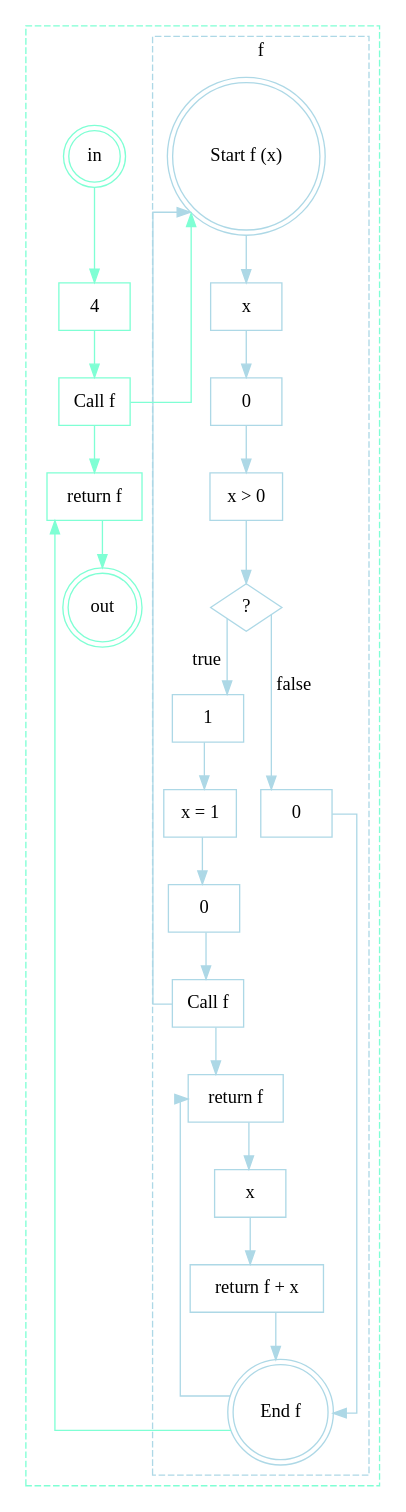
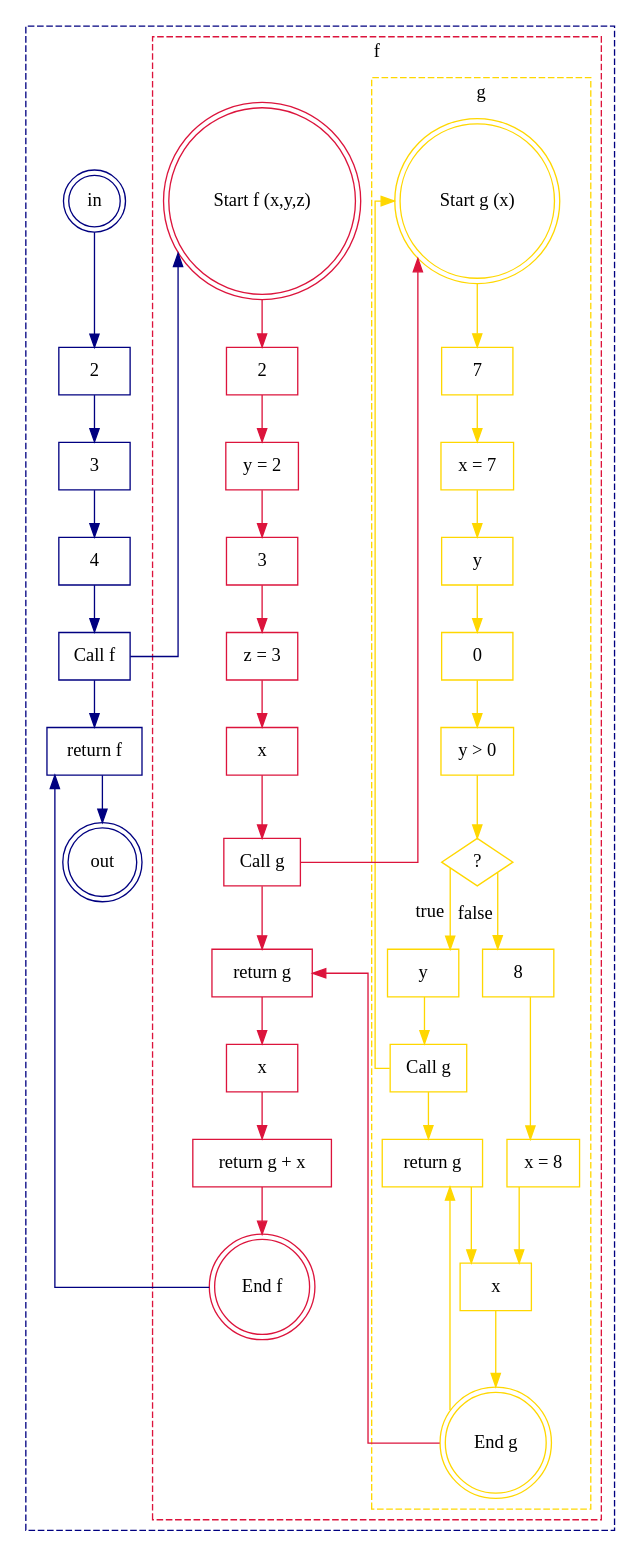
One commit to Cataract92/TRIPLA changed the diagram in res/graph.dot. Above: the diagram before and after it, drawn with Graphviz. The commit also changed 3 other files, not shown here.

```diff
--- a/res/graph.dot
+++ b/res/graph.dot
@@ -1,54 +1,86 @@
 digraph G {
   splines=ortho;
   subgraph cluster_ {
     label="";
-     style="dashed"    color="aquamarine";
+     style="dashed"    color="navy";
   subgraph cluster_f {
     label="f";
-     style="dashed"    color="lightblue";
-1 [label = "Start f (x)", shape = "doublecircle", style = "", color="lightblue"];
-2 [label = "End f", shape = "doublecircle", style = "", color="lightblue"];
-3 [label = "x", shape = "rectangle", style = "", color="lightblue"];
-4 [label = "0", shape = "rectangle", style = "", color="lightblue"];
-5 [label = "x > 0", shape = "rectangle", style = "", color="lightblue"];
-6 [label = "?", shape = "diamond", style = "", color="lightblue"];
-7 [label = "1", shape = "rectangle", style = "", color="lightblue"];
-8 [label = "x = 1", shape = "rectangle", style = "", color="lightblue"];
-9 [label = "0", shape = "rectangle", style = "", color="lightblue"];
-10 [label = "Call f", shape = "rectangle", style = "", color="lightblue"];
-11 [label = "return f", shape = "rectangle", style = "", color="lightblue"];
-12 [label = "x", shape = "rectangle", style = "", color="lightblue"];
-13 [label = "return f + x", shape = "rectangle", style = "", color="lightblue"];
-14 [label = "0", shape = "rectangle", style = "", color="lightblue"];
-  1 -> 3 [xlabel = "", constraint = "true", color="lightblue"]
-  3 -> 4 [xlabel = "", constraint = "true", color="lightblue"]
-  4 -> 5 [xlabel = "", constraint = "true", color="lightblue"]
-  5 -> 6 [xlabel = "", constraint = "true", color="lightblue"]
-  6 -> 7 [xlabel = "true", constraint = "true", color="lightblue"]
-  7 -> 8 [xlabel = "", constraint = "true", color="lightblue"]
-  8 -> 9 [xlabel = "", constraint = "true", color="lightblue"]
-  9 -> 10 [xlabel = "", constraint = "true", color="lightblue"]
-  10 -> 11 [xlabel = "", constraint = "true", color="lightblue"]
-  10 -> 1 [xlabel = "", constraint = "false", color="lightblue"]
-  2 -> 11 [xlabel = "", constraint = "false", color="lightblue"]
-  11 -> 12 [xlabel = "", constraint = "true", color="lightblue"]
-  12 -> 13 [xlabel = "", constraint = "true", color="lightblue"]
-  6 -> 14 [xlabel = "false", constraint = "true", color="lightblue"]
-  13 -> 2 [xlabel = "", constraint = "true", color="lightblue"]
-  14 -> 2 [xlabel = "", constraint = "true", color="lightblue"]
+     style="dashed"    color="crimson";
+  subgraph cluster_g {
+    label="g";
+     style="dashed"    color="gold";
+1 [label = "Start g (x)", shape = "doublecircle", style = "", color="gold"];
+2 [label = "End g", shape = "doublecircle", style = "", color="gold"];
+3 [label = "7", shape = "rectangle", style = "", color="gold"];
+4 [label = "x = 7", shape = "rectangle", style = "", color="gold"];
+5 [label = "y", shape = "rectangle", style = "", color="gold"];
+6 [label = "0", shape = "rectangle", style = "", color="gold"];
+7 [label = "y > 0", shape = "rectangle", style = "", color="gold"];
+8 [label = "?", shape = "diamond", style = "", color="gold"];
+9 [label = "y", shape = "rectangle", style = "", color="gold"];
+10 [label = "Call g", shape = "rectangle", style = "", color="gold"];
+11 [label = "return g", shape = "rectangle", style = "", color="gold"];
+12 [label = "8", shape = "rectangle", style = "", color="gold"];
+13 [label = "x = 8", shape = "rectangle", style = "", color="gold"];
+14 [label = "x", shape = "rectangle", style = "", color="gold"];
+  1 -> 3 [xlabel = "", constraint = "true", color="gold"]
+  3 -> 4 [xlabel = "", constraint = "true", color="gold"]
+  4 -> 5 [xlabel = "", constraint = "true", color="gold"]
+  5 -> 6 [xlabel = "", constraint = "true", color="gold"]
+  6 -> 7 [xlabel = "", constraint = "true", color="gold"]
+  7 -> 8 [xlabel = "", constraint = "true", color="gold"]
+  8 -> 9 [xlabel = "true", constraint = "true", color="gold"]
+  9 -> 10 [xlabel = "", constraint = "true", color="gold"]
+  10 -> 11 [xlabel = "", constraint = "true", color="gold"]
+  10 -> 1 [xlabel = "", constraint = "false", color="gold"]
+  2 -> 11 [xlabel = "", constraint = "false", color="gold"]
+  8 -> 12 [xlabel = "false", constraint = "true", color="gold"]
+  12 -> 13 [xlabel = "", constraint = "true", color="gold"]
+  14 -> 2 [xlabel = "", constraint = "true", color="gold"]
+  11 -> 14 [xlabel = "", constraint = "true", color="gold"]
+  13 -> 14 [xlabel = "", constraint = "true", color="gold"]
 
 }
-15 [label = "in", shape = "doublecircle", style = "", color="aquamarine"];
-16 [label = "out", shape = "doublecircle", style = "", color="aquamarine"];
-17 [label = "4", shape = "rectangle", style = "", color="aquamarine"];
-18 [label = "Call f", shape = "rectangle", style = "", color="aquamarine"];
-19 [label = "return f", shape = "rectangle", style = "", color="aquamarine"];
-  15 -> 17 [xlabel = "", constraint = "true", color="aquamarine"]
-  17 -> 18 [xlabel = "", constraint = "true", color="aquamarine"]
-  18 -> 19 [xlabel = "", constraint = "true", color="aquamarine"]
-  18 -> 1 [xlabel = "", constraint = "false", color="aquamarine"]
-  2 -> 19 [xlabel = "", constraint = "false", color="aquamarine"]
-  19 -> 16 [xlabel = "", constraint = "true", color="aquamarine"]
+15 [label = "Start f (x,y,z)", shape = "doublecircle", style = "", color="crimson"];
+16 [label = "End f", shape = "doublecircle", style = "", color="crimson"];
+17 [label = "2", shape = "rectangle", style = "", color="crimson"];
+18 [label = "y = 2", shape = "rectangle", style = "", color="crimson"];
+19 [label = "3", shape = "rectangle", style = "", color="crimson"];
+20 [label = "z = 3", shape = "rectangle", style = "", color="crimson"];
+21 [label = "x", shape = "rectangle", style = "", color="crimson"];
+22 [label = "Call g", shape = "rectangle", style = "", color="crimson"];
+23 [label = "return g", shape = "rectangle", style = "", color="crimson"];
+24 [label = "x", shape = "rectangle", style = "", color="crimson"];
+25 [label = "return g + x", shape = "rectangle", style = "", color="crimson"];
+  15 -> 17 [xlabel = "", constraint = "true", color="crimson"]
+  17 -> 18 [xlabel = "", constraint = "true", color="crimson"]
+  18 -> 19 [xlabel = "", constraint = "true", color="crimson"]
+  19 -> 20 [xlabel = "", constraint = "true", color="crimson"]
+  20 -> 21 [xlabel = "", constraint = "true", color="crimson"]
+  21 -> 22 [xlabel = "", constraint = "true", color="crimson"]
+  22 -> 23 [xlabel = "", constraint = "true", color="crimson"]
+  22 -> 1 [xlabel = "", constraint = "false", color="crimson"]
+  2 -> 23 [xlabel = "", constraint = "false", color="crimson"]
+  23 -> 24 [xlabel = "", constraint = "true", color="crimson"]
+  24 -> 25 [xlabel = "", constraint = "true", color="crimson"]
+  25 -> 16 [xlabel = "", constraint = "true", color="crimson"]
+
+}
+26 [label = "in", shape = "doublecircle", style = "", color="navy"];
+27 [label = "out", shape = "doublecircle", style = "", color="navy"];
+28 [label = "2", shape = "rectangle", style = "", color="navy"];
+29 [label = "3", shape = "rectangle", style = "", color="navy"];
+30 [label = "4", shape = "rectangle", style = "", color="navy"];
+31 [label = "Call f", shape = "rectangle", style = "", color="navy"];
+32 [label = "return f", shape = "rectangle", style = "", color="navy"];
+  26 -> 28 [xlabel = "", constraint = "true", color="navy"]
+  28 -> 29 [xlabel = "", constraint = "true", color="navy"]
+  29 -> 30 [xlabel = "", constraint = "true", color="navy"]
+  30 -> 31 [xlabel = "", constraint = "true", color="navy"]
+  31 -> 32 [xlabel = "", constraint = "true", color="navy"]
+  31 -> 15 [xlabel = "", constraint = "false", color="navy"]
+  16 -> 32 [xlabel = "", constraint = "false", color="navy"]
+  32 -> 27 [xlabel = "", constraint = "true", color="navy"]
 
 }
 }
```
